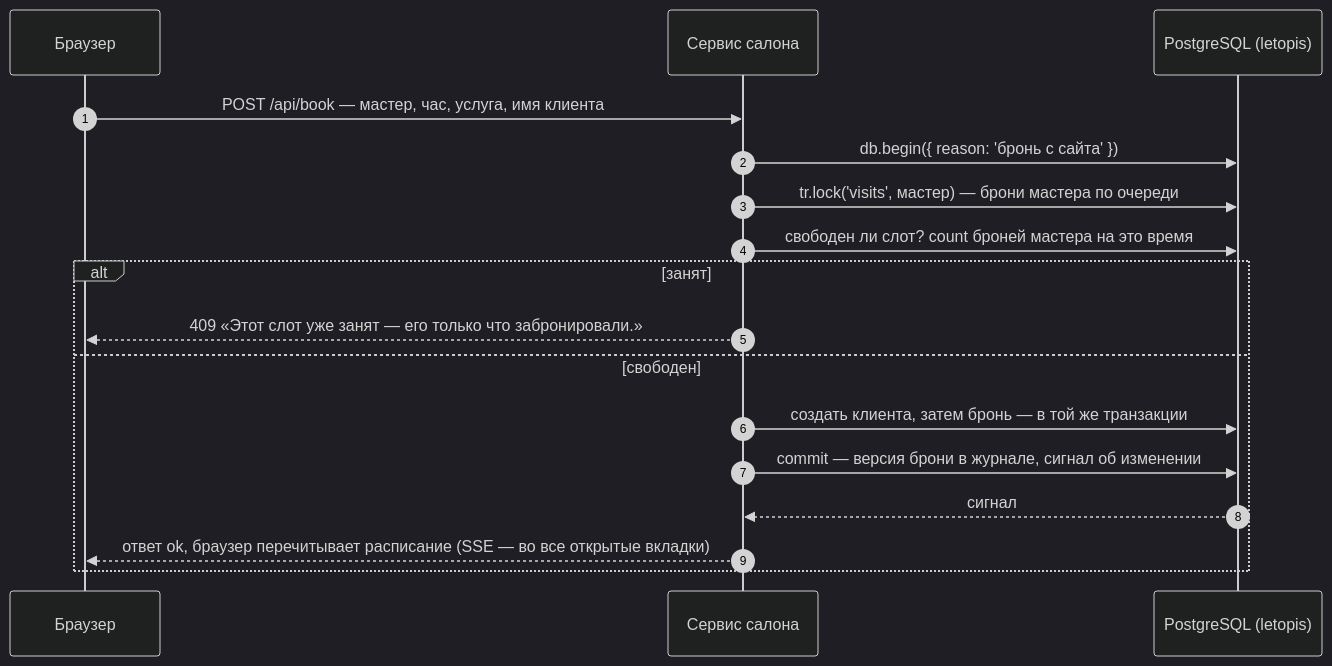
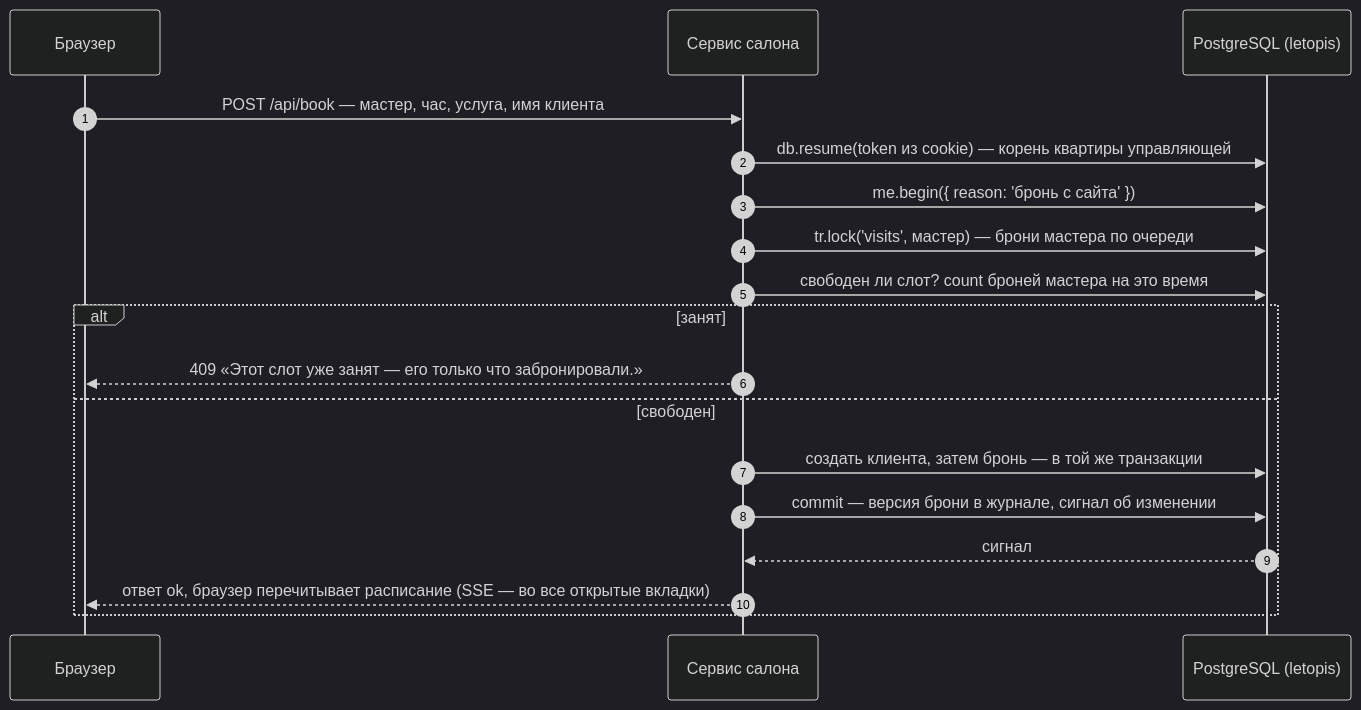
One commit to alepri51/letopis changed the second of 3 diagrams in guide/pages/services/salon.md. Above: the diagram before and after it, drawn with Mermaid (dark theme). The commit also changed other lines of this file and 86 other files, not shown here.

````diff
--- a/guide/pages/services/salon.md
+++ b/guide/pages/services/salon.md
@@ -164,19 +164,20 @@
 ```mermaid
 sequenceDiagram
   autonumber
   participant B as Браузер
   participant S as Сервис салона
   participant DB as PostgreSQL (letopis)
   B->>S: POST /api/book — мастер, час, услуга, имя клиента
-  S->>DB: db.begin({ reason: 'бронь с сайта' })
+  S->>DB: db.resume(token из cookie) — корень квартиры управляющей
+  S->>DB: me.begin({ reason: 'бронь с сайта' })
   S->>DB: tr.lock('visits', мастер) — брони мастера по очереди
   S->>DB: свободен ли слот? count броней мастера на это время
   alt занят
     S-->>B: 409 «Этот слот уже занят — его только что забронировали.»
   else свободен
     S->>DB: создать клиента, затем бронь — в той же транзакции
     S->>DB: commit — версия брони в журнале, сигнал об изменении
     DB-->>S: сигнал
     S-->>B: ответ ok, браузер перечитывает расписание (SSE — во все открытые вкладки)
   end
 ```
````
